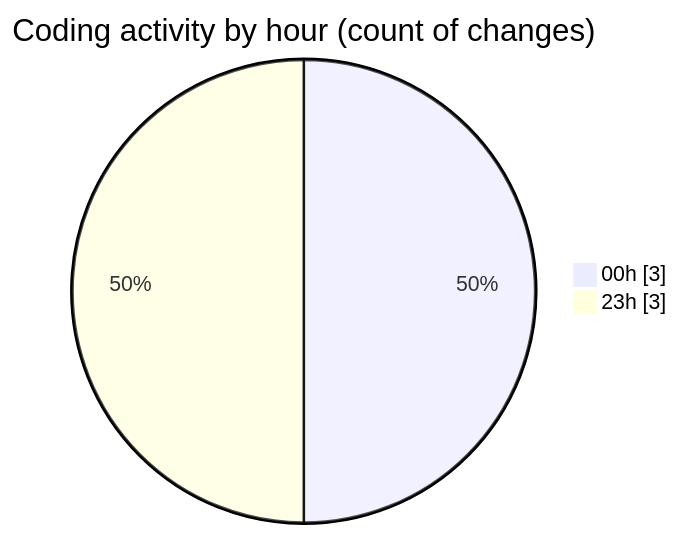
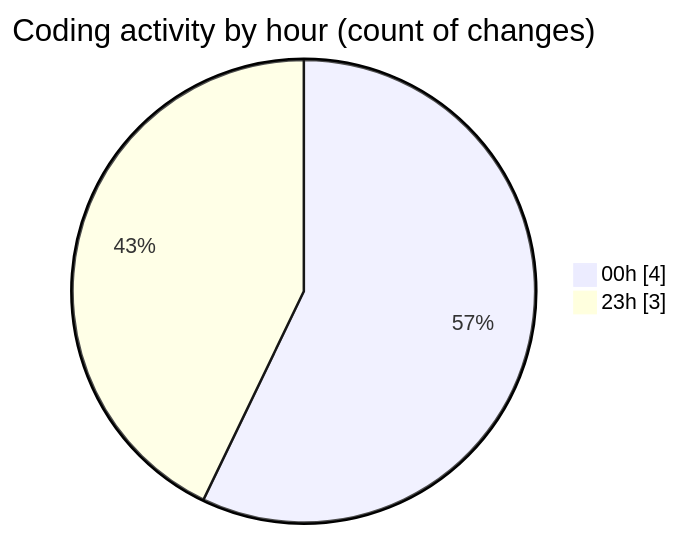
The second of 2 diagrams in 2025-02-17/uber_clone/README.md (donsfak/code-tracking), drawn with Mermaid before and after one commit. The commit also changed other lines of this file and 1 other file, not shown here.

````diff
--- a/2025-02-17/uber_clone/README.md
+++ b/2025-02-17/uber_clone/README.md
@@ -29,6 +29,6 @@
 ```mermaid
 pie showData
 title Coding activity by hour (count of changes)
-"00h" : 3
+"00h" : 4
 "23h" : 3
 ```
````
